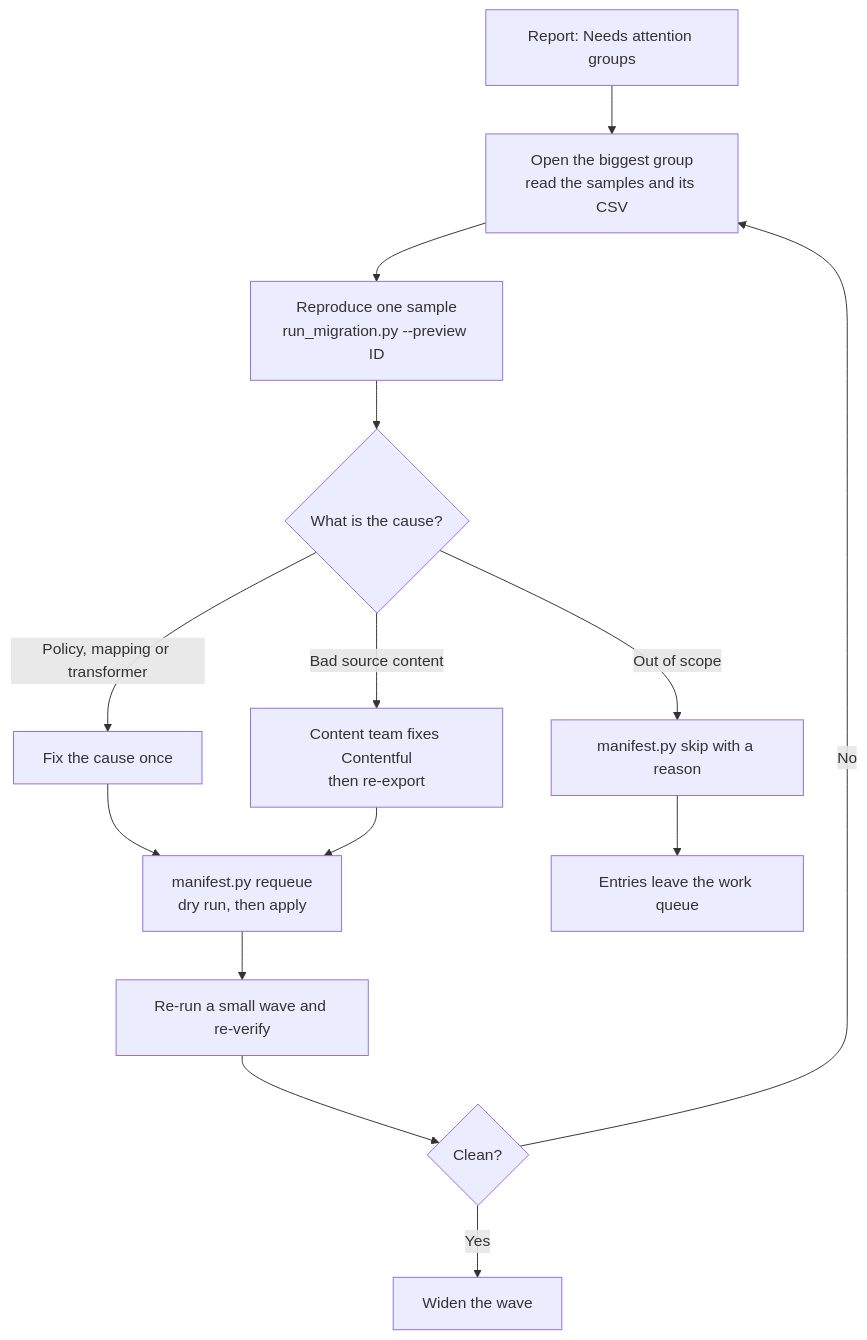
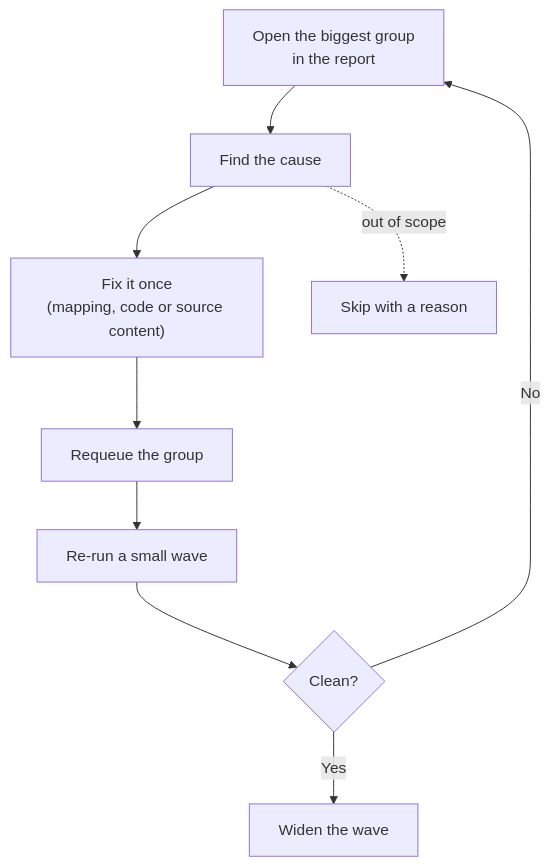
The fifth of 5 diagrams in README.md (JasonYangCIS/cms-to-builder-content), drawn with Mermaid before and after one commit. The commit also changed other lines of this file and 1 other file, not shown here.

Commit message:
Simplify Mermaid diagrams in README and docs/phases

````diff
--- a/README.md
+++ b/README.md
@@ -333,16 +305,11 @@
 ```mermaid
 flowchart TD
-  A["Report: Needs attention groups"] --> B["Open the biggest group<br/>read the samples and its CSV"]
-  B --> C["Reproduce one sample<br/>run_migration.py --preview ID"]
-  C --> D{"What is the cause?"}
-  D -->|"Policy, mapping or transformer"| E["Fix the cause once"]
-  D -->|"Bad source content"| F["Content team fixes Contentful<br/>then re-export"]
-  D -->|"Out of scope"| G["manifest.py skip with a reason"]
-  E --> H["manifest.py requeue<br/>dry run, then apply"]
-  F --> H
-  H --> I["Re-run a small wave and re-verify"]
-  I --> J{"Clean?"}
-  J -->|"Yes"| K["Widen the wave"]
-  J -->|"No"| B
-  G --> L["Entries leave the work queue"]
+  A["Open the biggest group<br/>in the report"] --> B["Find the cause"]
+  B --> C["Fix it once<br/>(mapping, code or source content)"]
+  C --> D["Requeue the group"]
+  D --> E["Re-run a small wave"]
+  E --> F{"Clean?"}
+  F -->|"Yes"| G["Widen the wave"]
+  F -->|"No"| A
+  B -.->|"out of scope"| H["Skip with a reason"]
 ```
````
